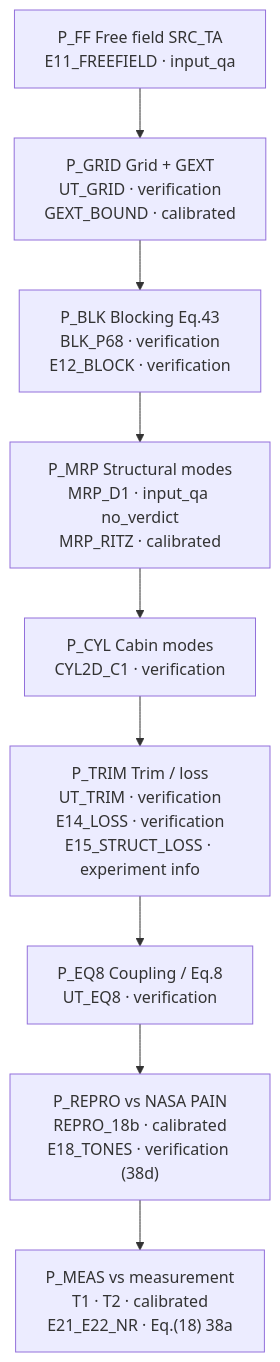
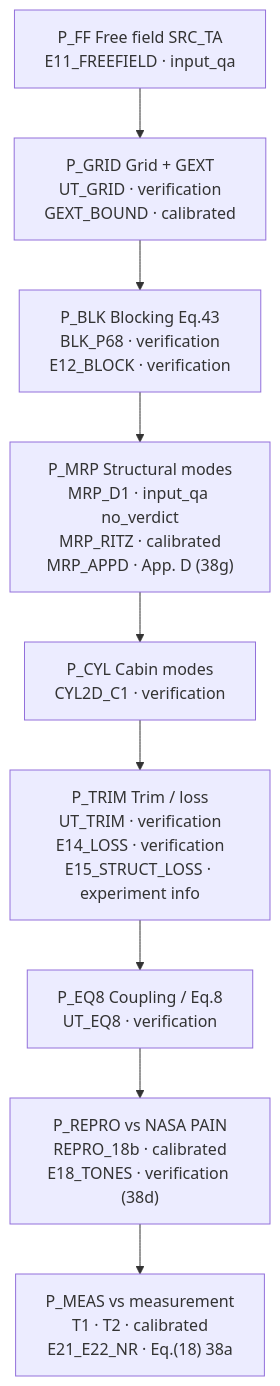
The fifth of 6 diagrams in rea-work/docs/flowchart.md (hoangf1/PAIN), drawn with Mermaid before and after one commit. The commit also changed other lines of this file and 11 other files, not shown here.

Commit message:
38g: printed App. D structural solver, MRP_APPD case (27/32 within 5 percent, met)

````diff
--- a/rea-work/docs/flowchart.md
+++ b/rea-work/docs/flowchart.md
@@ -235,14 +235,14 @@
 ```mermaid
 flowchart TB
     P_FF["P_FF Free field SRC_TA<br/>E11_FREEFIELD · input_qa"]
     P_GRID["P_GRID Grid + GEXT<br/>UT_GRID · verification<br/>GEXT_BOUND · calibrated"]
     P_BLK["P_BLK Blocking Eq.43<br/>BLK_P68 · verification<br/>E12_BLOCK · verification"]
-    P_MRP["P_MRP Structural modes<br/>MRP_D1 · input_qa no_verdict<br/>MRP_RITZ · calibrated"]
+    P_MRP["P_MRP Structural modes<br/>MRP_D1 · input_qa no_verdict<br/>MRP_RITZ · calibrated<br/>MRP_APPD · App. D (38g)"]
     P_CYL["P_CYL Cabin modes<br/>CYL2D_C1 · verification"]
     P_TRIM["P_TRIM Trim / loss<br/>UT_TRIM · verification<br/>E14_LOSS · verification<br/>E15_STRUCT_LOSS · experiment info"]
     P_EQ8["P_EQ8 Coupling / Eq.8<br/>UT_EQ8 · verification"]
     P_REPRO["P_REPRO vs NASA PAIN<br/>REPRO_18b · calibrated<br/>E18_TONES · verification (38d)"]
     P_MEAS["P_MEAS vs measurement<br/>T1 · T2 · calibrated<br/>E21_E22_NR · Eq.(18) 38a"]
 
     P_FF --> P_GRID --> P_BLK --> P_MRP --> P_CYL --> P_TRIM --> P_EQ8 --> P_REPRO --> P_MEAS
 ```
````
